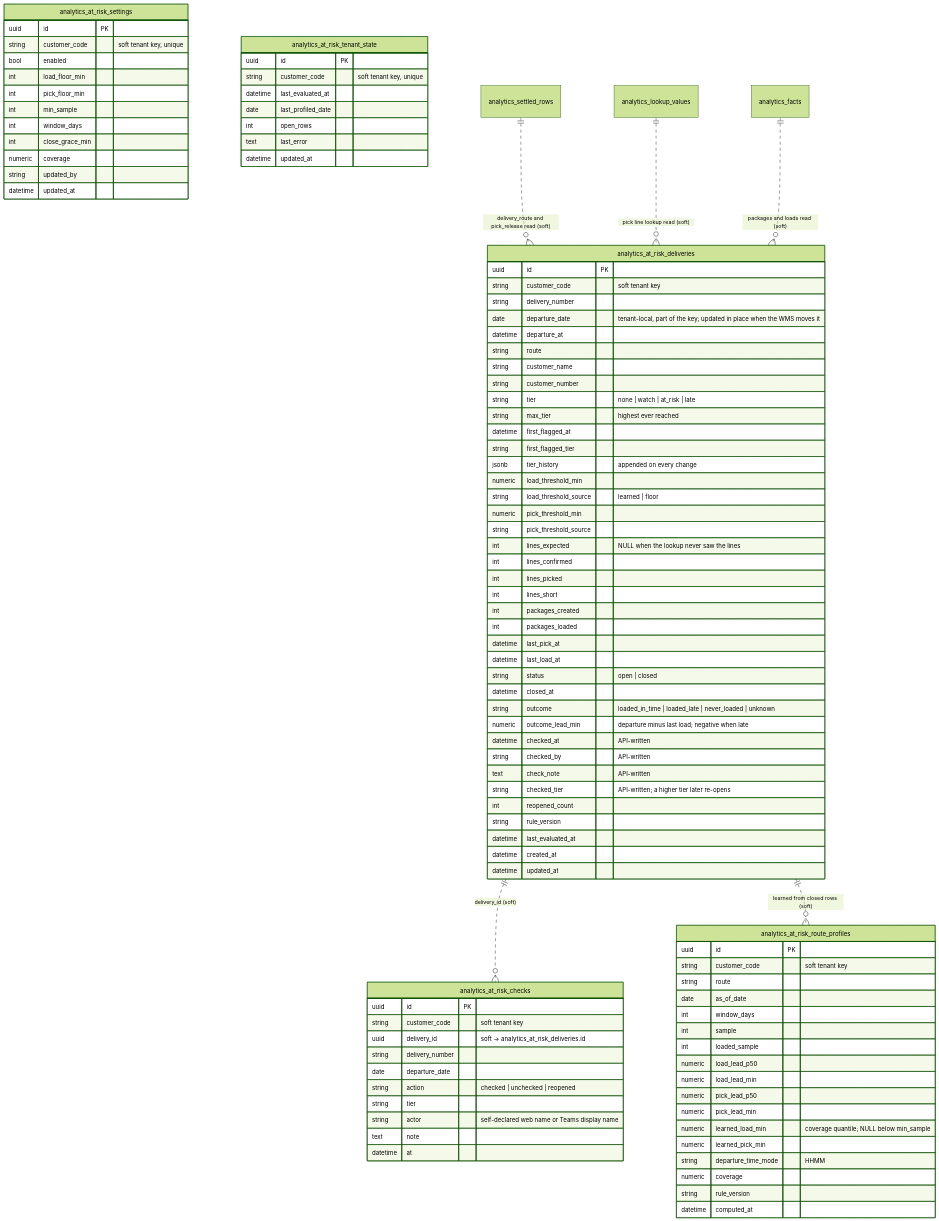
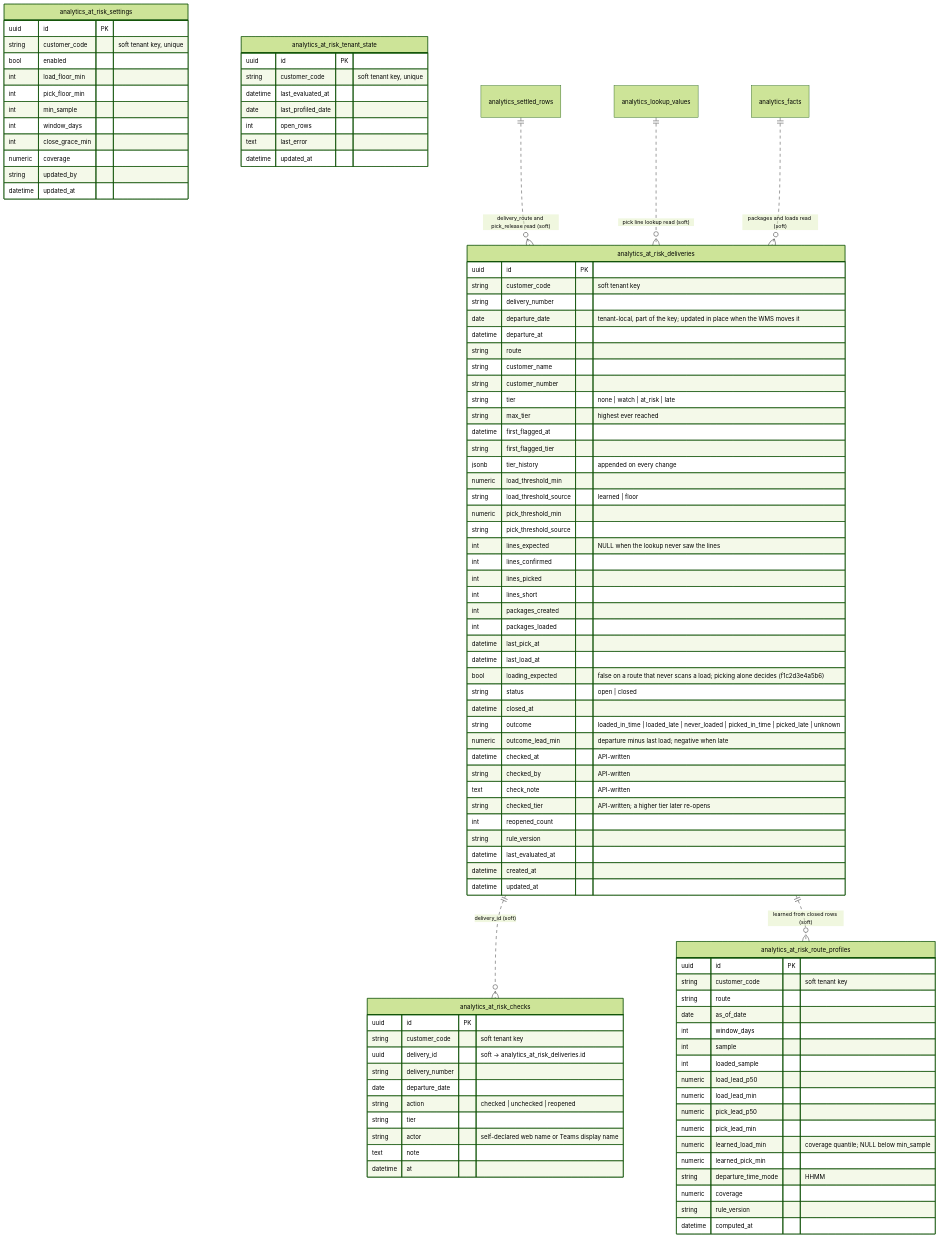
Diagram 13 of 14 in docs/database-er-diagram.md (eamtalu/RAG-PipeLine), drawn with Mermaid (forest theme) before and after one commit. The commit also changed 16 other files, not shown here.

First line of the commit message:
At risk: packages are born at pick time, and routes without a loading step are judged on picking

```diff
--- a/docs/database-er-diagram.md
+++ b/docs/database-er-diagram.md
@@ -1202,9 +1202,10 @@
         int packages_loaded
         datetime last_pick_at
         datetime last_load_at
+        bool loading_expected "false on a route that never scans a load; picking alone decides (f1c2d3e4a5b6)"
         string status "open | closed"
         datetime closed_at
-        string outcome "loaded_in_time | loaded_late | never_loaded | unknown"
+        string outcome "loaded_in_time | loaded_late | never_loaded | picked_in_time | picked_late | unknown"
         numeric outcome_lead_min "departure minus last load; negative when late"
         datetime checked_at "API-written"
         string checked_by "API-written"
```
